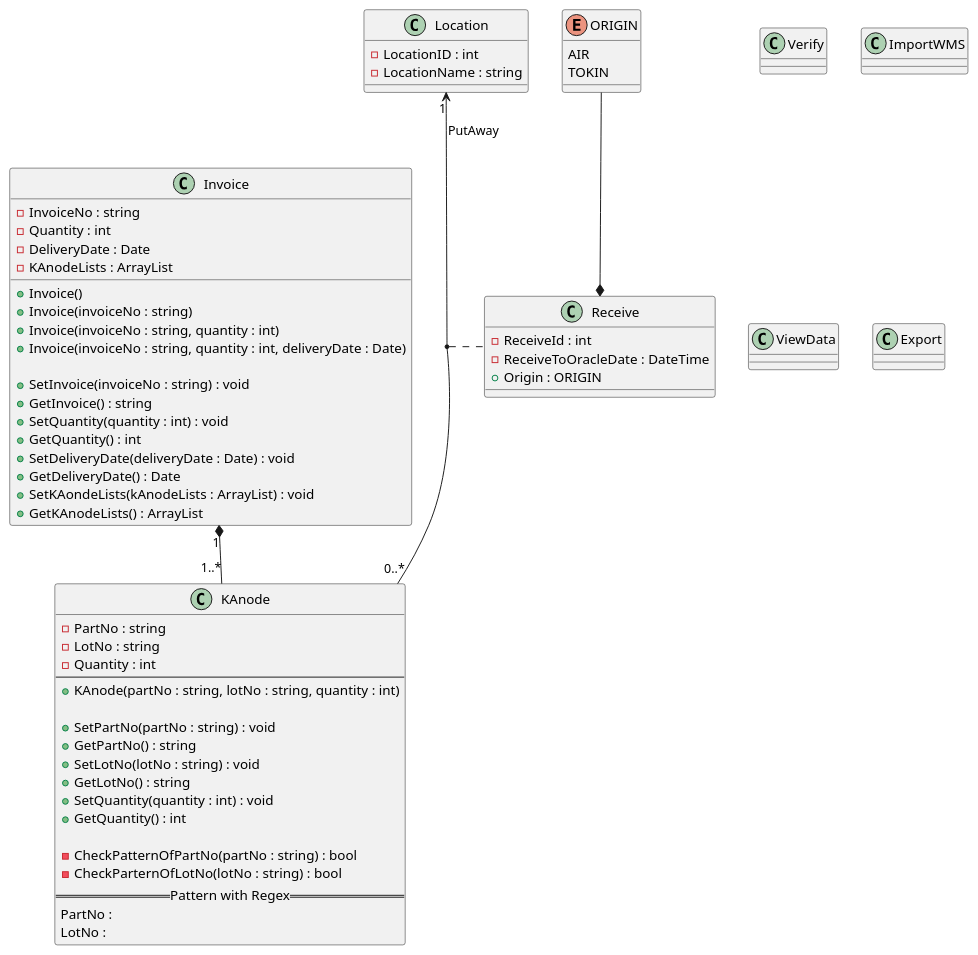
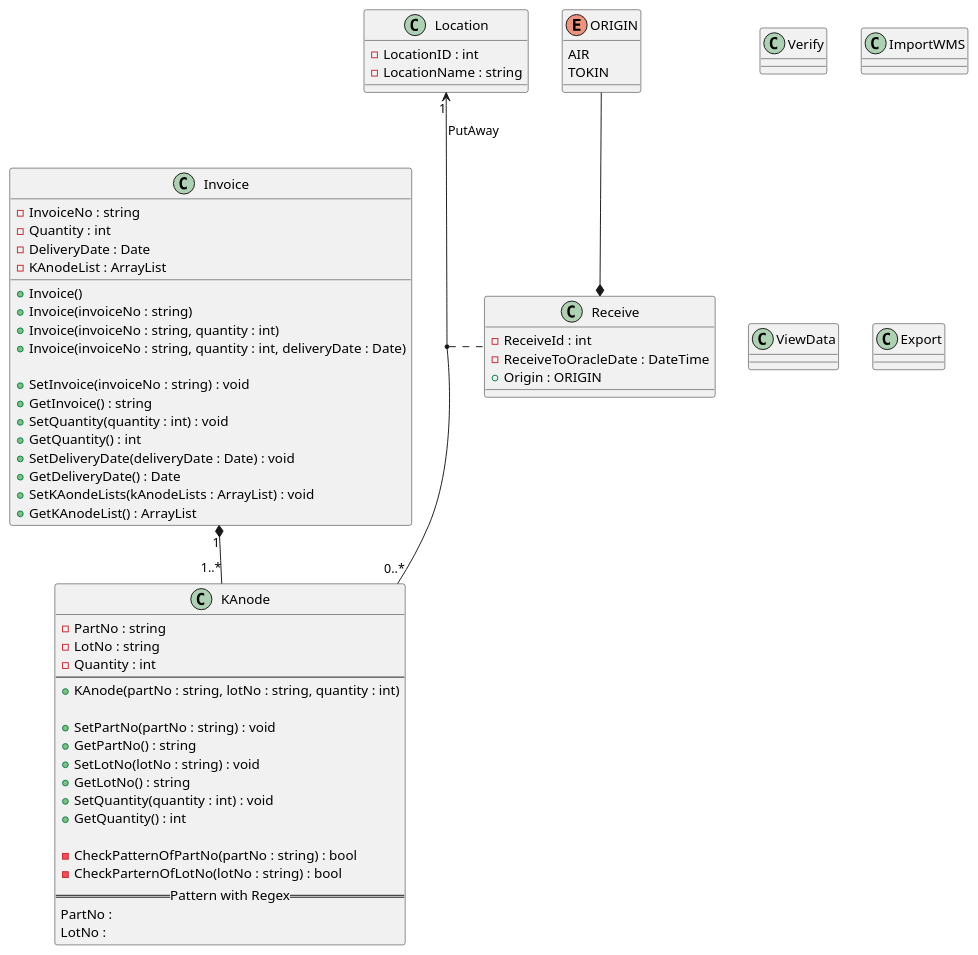
The diagram in UML/Detail.puml (Shinodari/K-Anode-Received-Assistant-Design), drawn with PlantUML before and after one commit. The commit also changed 1 other file, not shown here.

Commit message:
clase:change variable name KAnodeLists to KAnodeList

```diff
--- a/UML/Detail.puml
+++ b/UML/Detail.puml
@@ -1,78 +1,78 @@
 @startuml Class
 
 class KAnode{
     -PartNo : string
     -LotNo : string
     -Quantity : int
     --
     +KAnode(partNo : string, lotNo : string, quantity : int)
 
     +SetPartNo(partNo : string) : void
     +GetPartNo() : string
     +SetLotNo(lotNo : string) : void
     +GetLotNo() : string
     +SetQuantity(quantity : int) : void
     +GetQuantity() : int
 
     -CheckPatternOfPartNo(partNo : string) : bool
     -CheckParternOfLotNo(lotNo : string) : bool
     ==Pattern with Regex==
     PartNo :
     LotNo :
 }
 
 class Invoice{
     -InvoiceNo : string
     -Quantity : int
     -DeliveryDate : Date
-    -KAnodeLists : ArrayList
+    -KAnodeList : ArrayList
 
     +Invoice()
     +Invoice(invoiceNo : string)
     +Invoice(invoiceNo : string, quantity : int)
     +Invoice(invoiceNo : string, quantity : int, deliveryDate : Date)
 
     +SetInvoice(invoiceNo : string) : void
     +GetInvoice() : string
     +SetQuantity(quantity : int) : void
     +GetQuantity() : int
     +SetDeliveryDate(deliveryDate : Date) : void
     +GetDeliveryDate() : Date
     +SetKAondeLists(kAnodeLists : ArrayList) : void
-    +GetKAnodeLists() : ArrayList
+    +GetKAnodeList() : ArrayList
 }
 Invoice "1" *-- "1..*" KAnode
 
 class Location{
     -LocationID : int
     -LocationName : string
 }
 Location "1" <-- "0..*" KAnode : PutAway
 
 enum ORIGIN{
     AIR
     TOKIN
 }
 class Receive{
     -ReceiveId : int
     -ReceiveToOracleDate : DateTime
     +Origin : ORIGIN
 
     
 }
 'ENUM of Receive'
 ORIGIN --* Receive
 'Association of Receive'
 (KAnode, Location) .. Receive
 
 class Verify
 
 class ImportWMS
 
 class ViewData
 
 class Export
 
 
 
 @enduml
```
